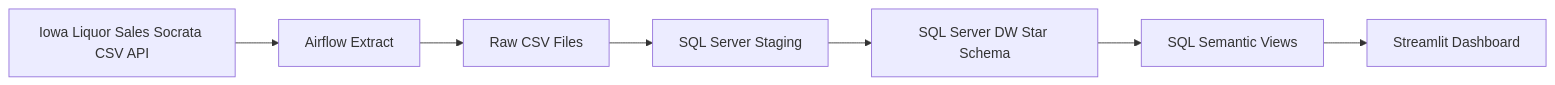
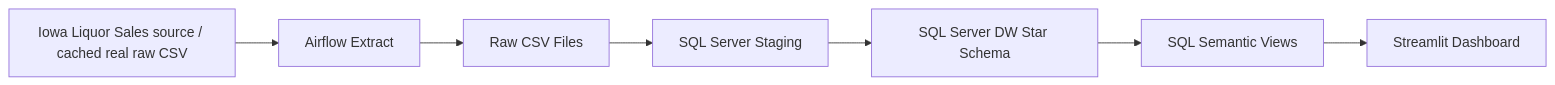
Before and after one commit to magda2307/pjatk-idh: the diagram in README.md, drawn with Mermaid. The commit also changed other lines of this file and 60 other files, not shown here.

````diff
--- a/README.md
+++ b/README.md
@@ -53,9 +55,9 @@
 ```mermaid
 flowchart LR
-    A[Iowa Liquor Sales Socrata CSV API] --> B[Airflow Extract]
+    A[Iowa Liquor Sales source / cached real raw CSV] --> B[Airflow Extract]
     B --> C[Raw CSV Files]
     C --> D[SQL Server Staging]
     D --> E[SQL Server DW Star Schema]
     E --> F[SQL Semantic Views]
     F --> G[Streamlit Dashboard]
 ```
````
